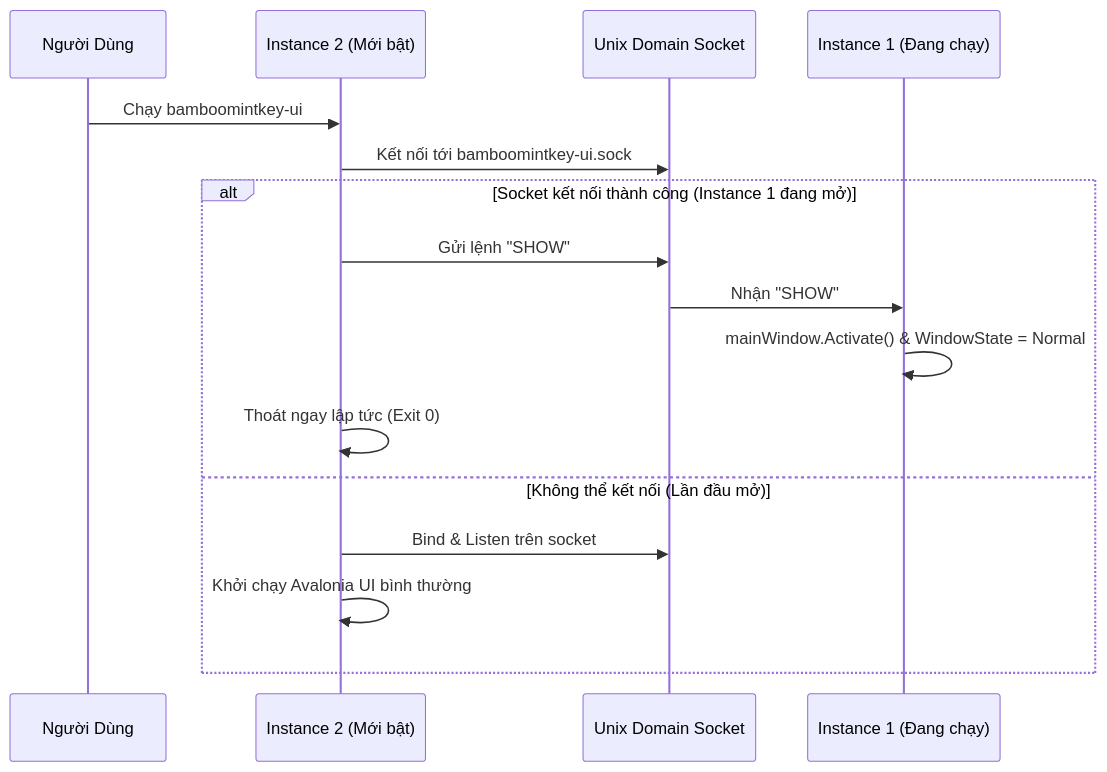
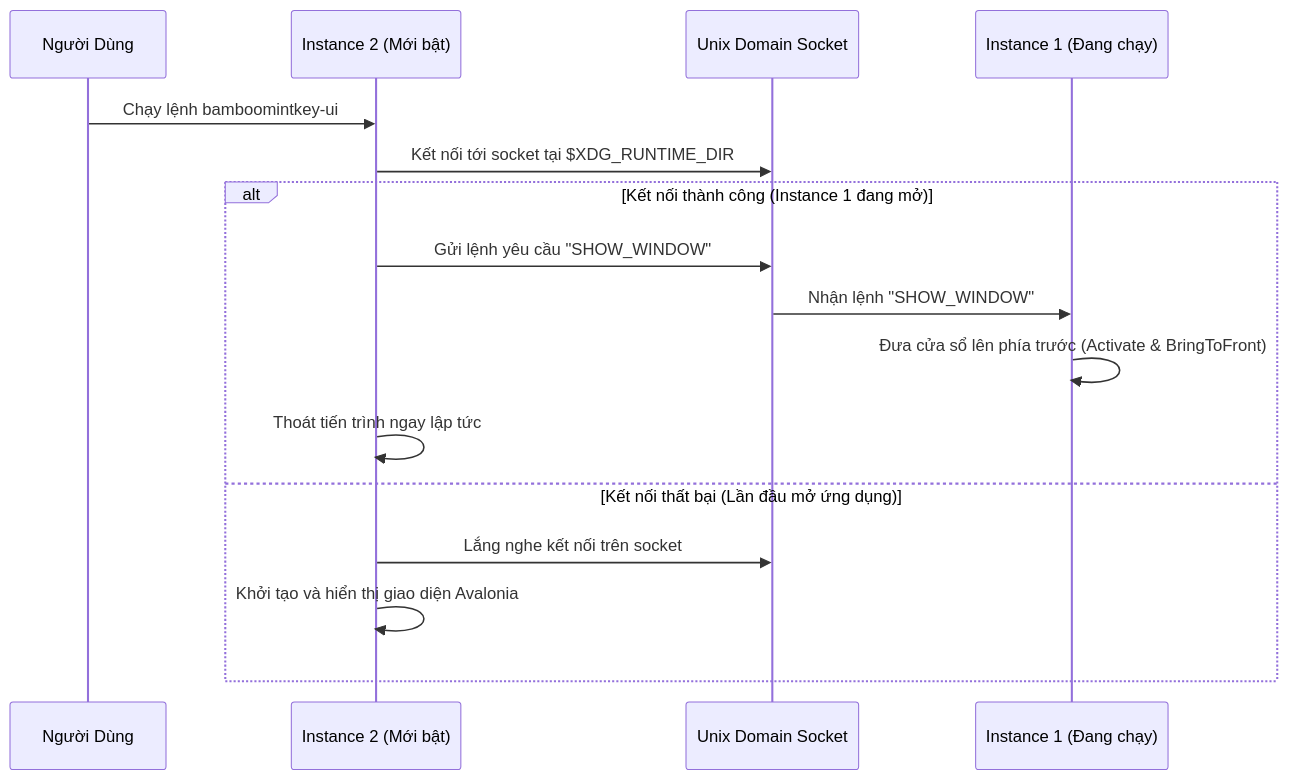
The diagram in docs/2.Design/Phase7/007_05_UILinux_Design.md (thatislg/BambooMintKey), drawn with Mermaid before and after one commit. The commit also changed other lines of this file and 3 other files, not shown here.

````diff
--- a/docs/2.Design/Phase7/007_05_UILinux_Design.md
+++ b/docs/2.Design/Phase7/007_05_UILinux_Design.md
@@ -83,19 +64,19 @@
 ```mermaid
 sequenceDiagram
     participant User as Người Dùng
     participant App2 as Instance 2 (Mới bật)
     participant Socket as Unix Domain Socket
     participant App1 as Instance 1 (Đang chạy)
 
-    User->>App2: Chạy bamboomintkey-ui
-    App2->>Socket: Kết nối tới bamboomintkey-ui.sock
-    alt Socket kết nối thành công (Instance 1 đang mở)
-        App2->>Socket: Gửi lệnh "SHOW"
-        Socket->>App1: Nhận "SHOW"
-        App1->>App1: mainWindow.Activate() & WindowState = Normal
-        App2->>App2: Thoát ngay lập tức (Exit 0)
-    else Không thể kết nối (Lần đầu mở)
-        App2->>Socket: Bind & Listen trên socket
-        App2->>App2: Khởi chạy Avalonia UI bình thường
+    User->>App2: Chạy lệnh bamboomintkey-ui
+    App2->>Socket: Kết nối tới socket tại $XDG_RUNTIME_DIR
+    alt Kết nối thành công (Instance 1 đang mở)
+        App2->>Socket: Gửi lệnh yêu cầu "SHOW_WINDOW"
+        Socket->>App1: Nhận lệnh "SHOW_WINDOW"
+        App1->>App1: Đưa cửa sổ lên phía trước (Activate & BringToFront)
+        App2->>App2: Thoát tiến trình ngay lập tức
+    else Kết nối thất bại (Lần đầu mở ứng dụng)
+        App2->>Socket: Lắng nghe kết nối trên socket
+        App2->>App2: Khởi tạo và hiển thị giao diện Avalonia
     end
 ```
````
